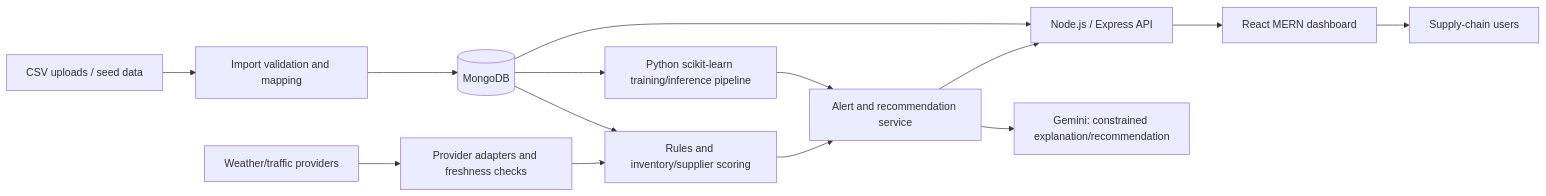
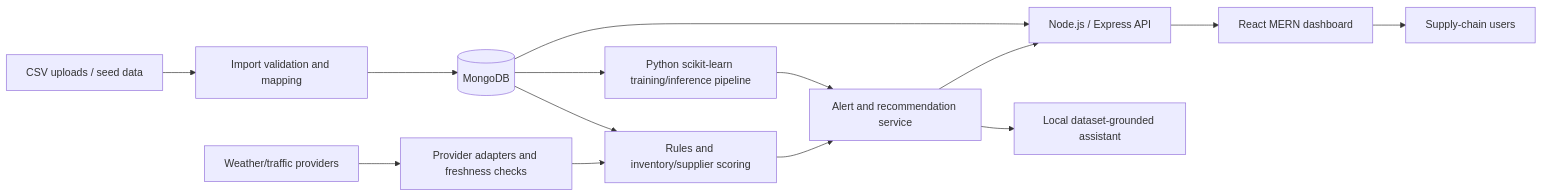
One commit to Kaveri-A-B/Supply-Shield changed the diagram in spec.md. Above: the diagram before and after it, drawn with Mermaid. The commit also changed other lines of this file and 24 other files, not shown here.

````diff
--- a/spec.md
+++ b/spec.md
@@ -381,16 +381,16 @@
 ```mermaid
 flowchart LR
   CSV[CSV uploads / seed data] --> ING[Import validation and mapping]
   ING --> DB[(MongoDB)]
   DB --> RULES[Rules and inventory/supplier scoring]
   DB --> ML[Python scikit-learn training/inference pipeline]
   WEATHER[Weather/traffic providers] --> ADAPTER[Provider adapters and freshness checks]
   ADAPTER --> RULES
   RULES --> ALERTS[Alert and recommendation service]
   ML --> ALERTS
-  ALERTS --> GEMINI[Gemini: constrained explanation/recommendation]
+  ALERTS --> ASSISTANT[Local dataset-grounded assistant]
   ALERTS --> API[Node.js / Express API]
   DB --> API
   API --> REACT[React MERN dashboard]
   REACT --> USERS[Supply-chain users]
 ```
````
